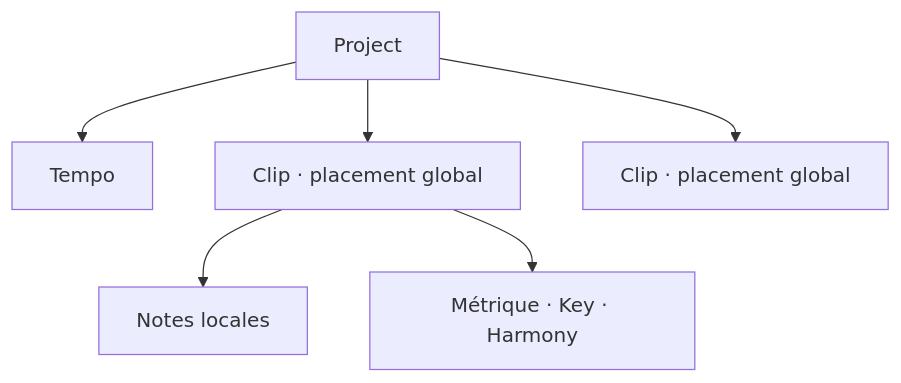
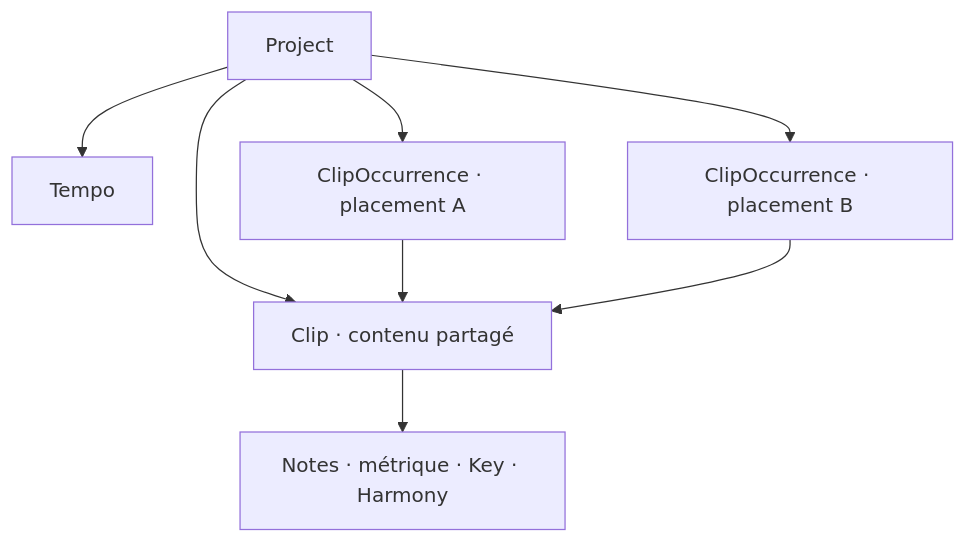
The second of 4 diagrams in architecture.md (LucasBertrand/pianola-doc), drawn with Mermaid before and after one commit. The commit also changed other lines of this file, not shown here.

Commit message:
Document shared clip occurrences

````diff
--- a/architecture.md
+++ b/architecture.md
@@ -85,8 +86,10 @@
 ```mermaid
 flowchart TD
     Project --> Tempo
-    Project --> ClipA["Clip · placement global"]
-    Project --> ClipB["Clip · placement global"]
-    ClipA --> NotesA["Notes locales"]
-    ClipA --> ContextA["Métrique · Key · Harmony"]
+    Project --> Clip["Clip · contenu partagé"]
+    Project --> OccA["ClipOccurrence · placement A"]
+    Project --> OccB["ClipOccurrence · placement B"]
+    OccA --> Clip
+    OccB --> Clip
+    Clip --> Content["Notes · métrique · Key · Harmony"]
 ```
````
